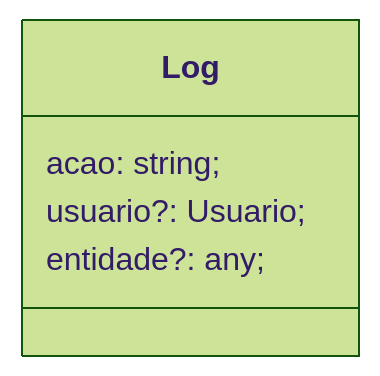
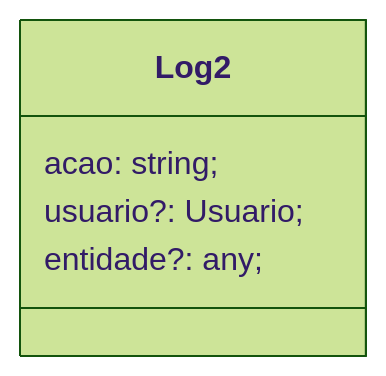
One commit to DantasRocha/FinancasTI changed the diagram in Diagrama2.MD. Above: the diagram before and after it, drawn with Mermaid (forest theme).

````diff
--- a/Diagrama2.MD
+++ b/Diagrama2.MD
@@ -9,11 +9,11 @@
 ```mermaid
 classDiagram
 
 
-class Log {
+class Log2 {
     acao: string;
     usuario?: Usuario;
     entidade?: any;
 }
 
 ```
````
